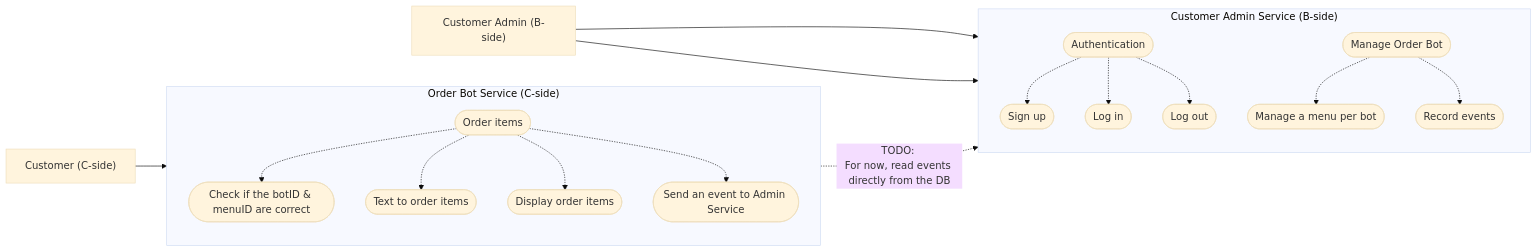
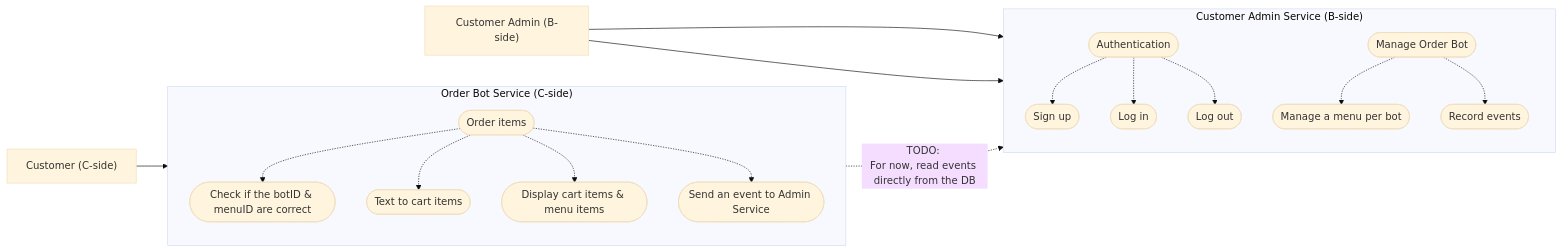
The diagram in README.md (RockkLee/order-bot), drawn with Mermaid (base theme) before and after one commit. The commit also changed 1 other file, not shown here.

Commit message:
Revise the use case diagram and an ER diagram

````diff
--- a/README.md
+++ b/README.md
@@ -10,45 +10,45 @@
 ```mermaid
 flowchart LR
 
   Admin["Customer Admin (B-side)"]
   Customer["Customer (C-side)"]
 
   %% direction LR
 
   subgraph CAS["Customer Admin Service (B-side)"]
     direction TB
     UC_Auth(["Authentication"])
     UC_Signup(["Sign up"])
     UC_Login(["Log in"])
     UC_Logout(["Log out"])
     UC_ManageBot(["Manage Order Bot"])
     UC_ImportMenu(["Manage a menu per bot"])
     UC_RecordEvents(["Record events"])
   end
 
   subgraph OBS["Order Bot Service (C-side)"]
     direction TB
     UC_OrderItems(["Order items"])
     UC_BotValidation(["Check if the botID & menuID are correct"])
-    UC_TextToItems(["Text to order items"])
-    UC_DisplayItems(["Display order items"])
+    UC_TextToItems(["Text to cart items"])
+    UC_DisplayItems(["Display cart items & menu items"])
     UC_SendEvent(["Send an event to Admin Service"])
   end
 
   Admin --> UC_Auth
   UC_Auth -.-> UC_Signup
   UC_Auth -.-> UC_Login
   UC_Auth -.-> UC_Logout
   Admin --> UC_ManageBot
   UC_ManageBot -.-> UC_ImportMenu
   UC_ManageBot -.-> UC_RecordEvents
 
   Customer --> UC_OrderItems
 
   UC_OrderItems -.-> UC_BotValidation
   UC_OrderItems -.-> UC_TextToItems
   UC_OrderItems -.-> UC_DisplayItems
   UC_OrderItems -.-> UC_SendEvent
 
   UC_SendEvent -.-> |TODO: <br>For now, read events directly from the DB| UC_RecordEvents
 ```
````
